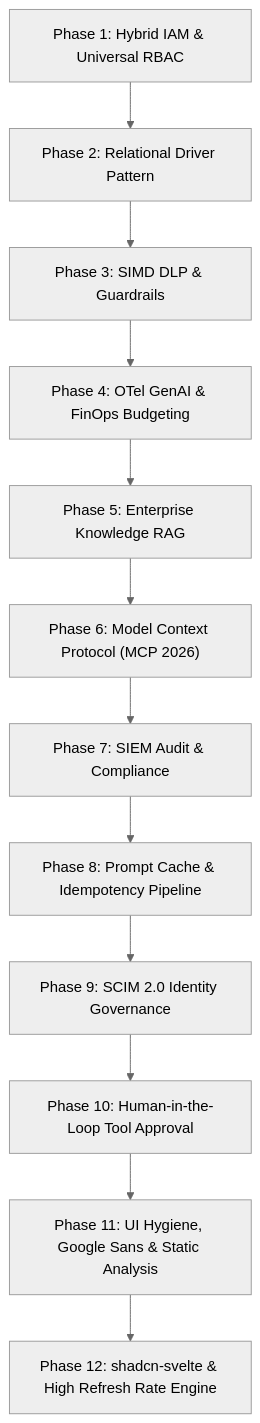
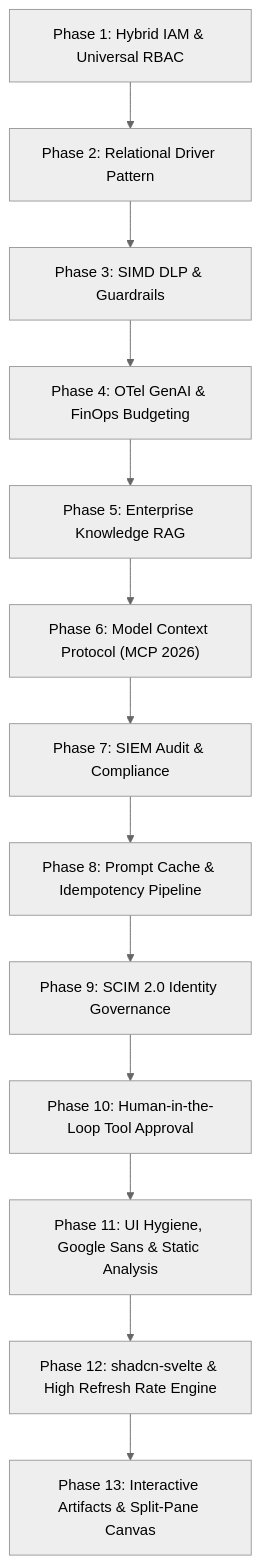
One commit to ihkaru/lumis changed the diagram in docs/roadmap/00_ROADMAP_OVERVIEW.md. Above: the diagram before and after it, drawn with Mermaid (neutral theme). The commit also changed other lines of this file and 2 other files, not shown here.

Commit message:
docs(roadmap,gap): formulate Phase 13 interactive artifacts and canvas engine from LibreChat gap research

````diff
--- a/docs/roadmap/00_ROADMAP_OVERVIEW.md
+++ b/docs/roadmap/00_ROADMAP_OVERVIEW.md
@@ -29,14 +29,15 @@
 ```mermaid
 flowchart TD
     P1["Phase 1: Hybrid IAM & Universal RBAC"] --> P2["Phase 2: Relational Driver Pattern"]
     P2 --> P3["Phase 3: SIMD DLP & Guardrails"]
     P3 --> P4["Phase 4: OTel GenAI & FinOps Budgeting"]
     P4 --> P5["Phase 5: Enterprise Knowledge RAG"]
     P5 --> P6["Phase 6: Model Context Protocol (MCP 2026)"]
     P6 --> P7["Phase 7: SIEM Audit & Compliance"]
     P7 --> P8["Phase 8: Prompt Cache & Idempotency Pipeline"]
     P8 --> P9["Phase 9: SCIM 2.0 Identity Governance"]
     P9 --> P10["Phase 10: Human-in-the-Loop Tool Approval"]
     P10 --> P11["Phase 11: UI Hygiene, Google Sans & Static Analysis"]
     P11 --> P12["Phase 12: shadcn-svelte & High Refresh Rate Engine"]
+    P12 --> P13["Phase 13: Interactive Artifacts & Split-Pane Canvas"]
 ```
````
